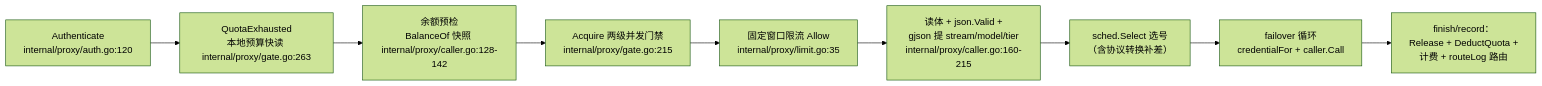
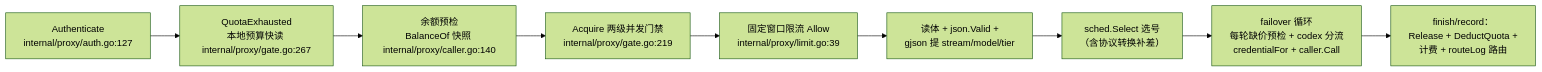
One commit to baimao5299-ship-it/c4 changed the second of 3 diagrams in docs/architecture-topology.md. Above: the diagram before and after it, drawn with Mermaid (forest theme). The commit also changed other lines of this file, not shown here.

Commit message:
docs(architecture): 架构拓扑文档全量刷新（四路调研 72 条差异，2026-08-15）

````diff
--- a/docs/architecture-topology.md
+++ b/docs/architecture-topology.md
@@ -106,11 +112,11 @@
 ```mermaid
 flowchart LR
-    A["Authenticate<br/>internal/proxy/auth.go:120"] --> B["QuotaExhausted<br/>本地预算快读 internal/proxy/gate.go:263"]
-    B --> C["余额预检<br/>BalanceOf 快照 internal/proxy/caller.go:128-142"]
-    C --> D["Acquire 两级并发门禁<br/>internal/proxy/gate.go:215"]
-    D --> E["固定窗口限流 Allow<br/>internal/proxy/limit.go:35"]
-    E --> F["读体 + json.Valid +<br/>gjson 提 stream/model/tier<br/>internal/proxy/caller.go:160-215"]
+    A["Authenticate<br/>internal/proxy/auth.go:127"] --> B["QuotaExhausted<br/>本地预算快读 internal/proxy/gate.go:267"]
+    B --> C["余额预检<br/>BalanceOf 快照 internal/proxy/caller.go:140"]
+    C --> D["Acquire 两级并发门禁<br/>internal/proxy/gate.go:219"]
+    D --> E["固定窗口限流 Allow<br/>internal/proxy/limit.go:39"]
+    E --> F["读体 + json.Valid +<br/>gjson 提 stream/model/tier"]
     F --> G["sched.Select 选号<br/>（含协议转换补差）"]
-    G --> H["failover 循环<br/>credentialFor + caller.Call"]
+    G --> H["failover 循环<br/>每轮缺价预检 + codex 分流<br/>credentialFor + caller.Call"]
     H --> I["finish/record：<br/>Release + DeductQuota +<br/>计费 + routeLog 路由"]
 ```
````
